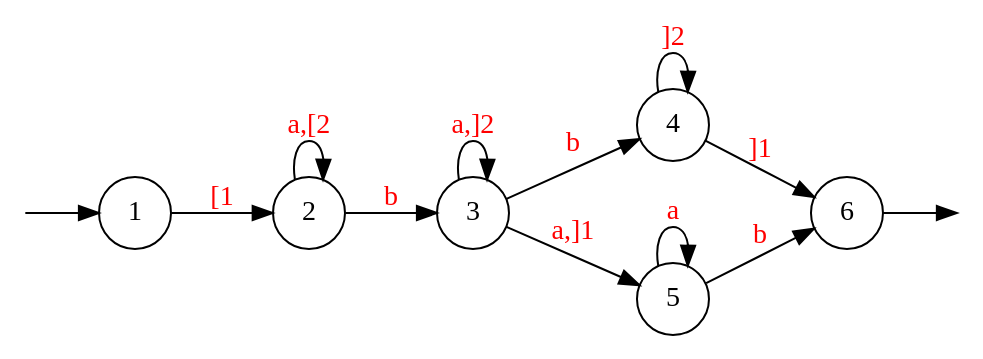
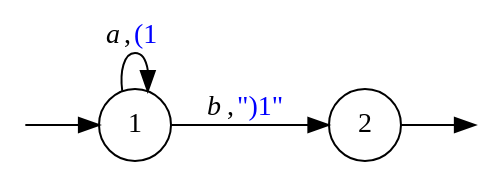
Before and after one commit to 0Marble/lgraphs: the diagram in text/graphs/normal_example_2_original.dot, drawn with Graphviz. The commit also changed 36 other files, not shown here.

```diff
--- a/text/graphs/normal_example_2_original.dot
+++ b/text/graphs/normal_example_2_original.dot
@@ -1,20 +1,10 @@
 digraph {
-    node [shape=circle];
-    rankdir = "LR";
-    Q0 [style=invisible, height=0, width=0, fixedsize=true];
-    Q1 [style=invisible, height=0, width=0, fixedsize=true];
-
-    Q0 -> 1;
-    6 -> Q1;
-
-    1 -> 2 [ label="[1", fontcolor=red];
-    2 -> 2 [ label="a,[2", fontcolor=red];
-    2 -> 3 [ label="b", fontcolor=red];
-    3 -> 3 [ label="a,]2", fontcolor=red];
-    3 -> 4 [ label="b", fontcolor=red];
-    4 -> 4 [ label="]2", fontcolor=red];
-    3 -> 5 [ label="a,]1", fontcolor=red];
-    5 -> 5 [ label="a", fontcolor=red];
-    5 -> 6 [ label="b", fontcolor=red];
-    4 -> 6 [ label="]1", fontcolor=red];
+        Q0 [style=invisible,height=0,width=0,fixedsize=true];
+        Q1 [style=invisible,height=0,width=0,fixedsize=true];
+        node [shape=circle];
+        graph [rankdir="LR"];
+        Q0 -> "1";
+        "1" -> "1" [label=<<i>a</i>,<FONT COLOR="blue">(1</FONT>>];
+        "1" -> "2" [label=<<i>b</i>,<FONT COLOR="blue">")1"</FONT>>];
+        "2"->Q1;
 }
```
